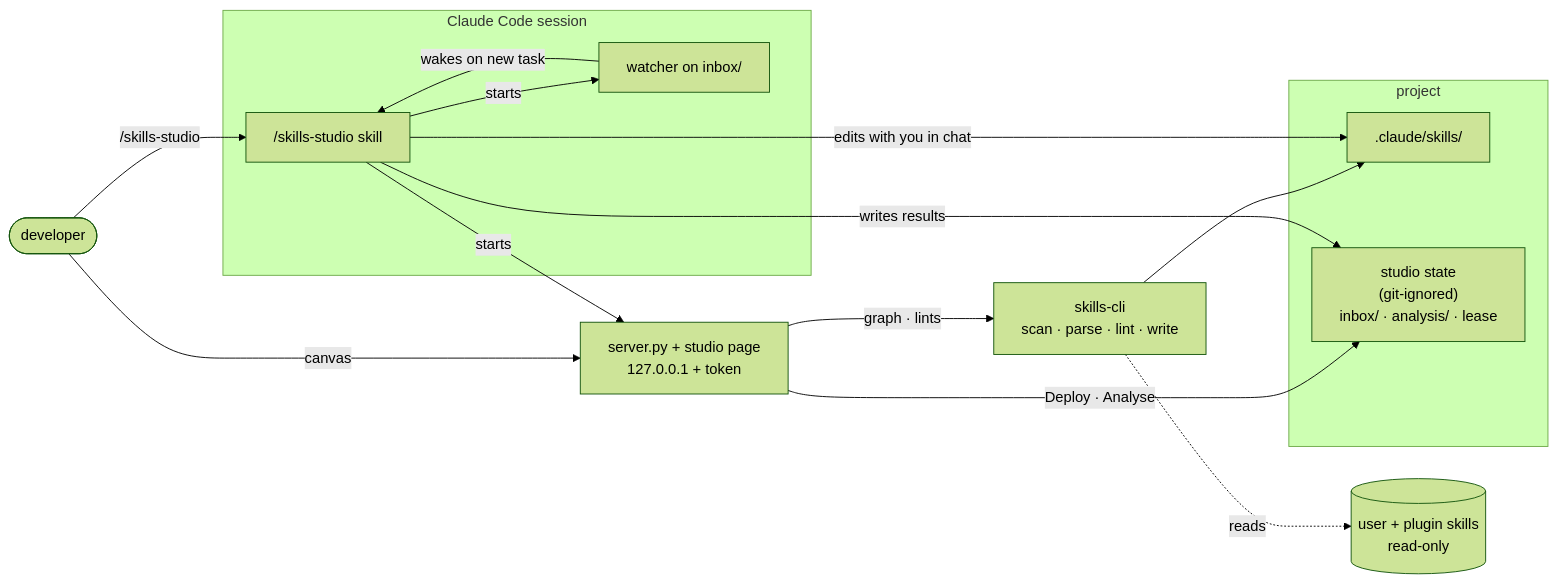
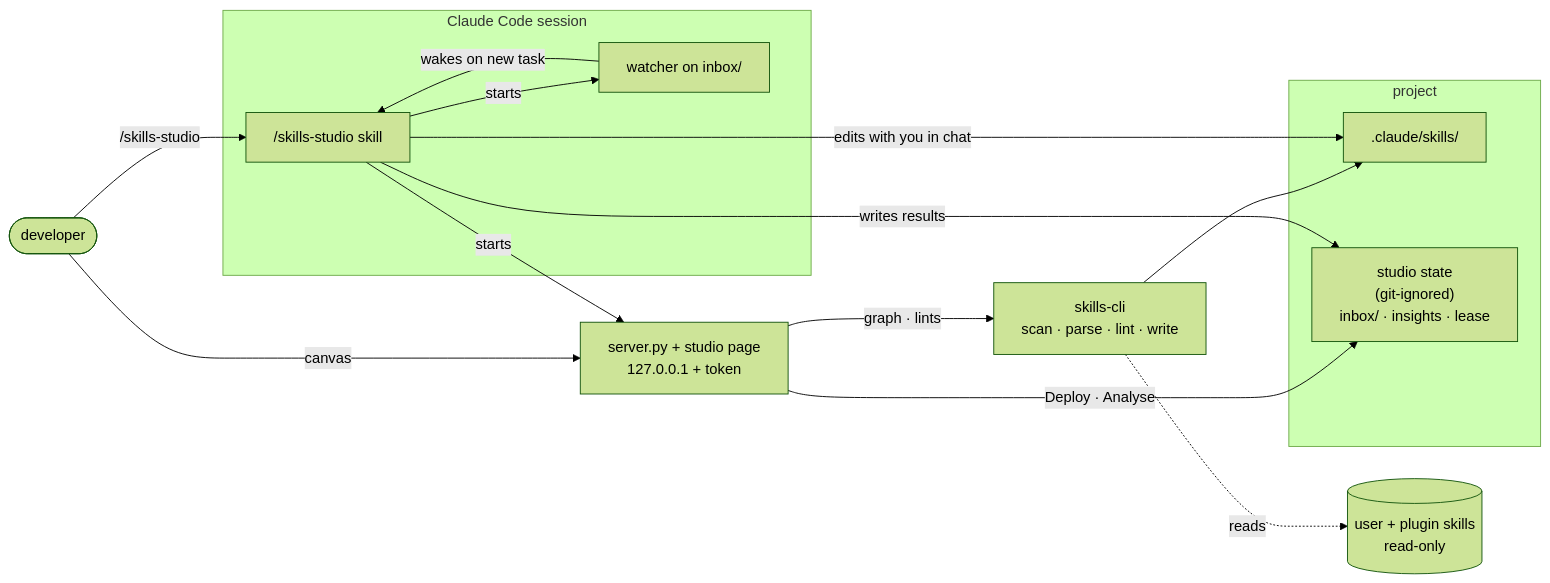
Before and after one commit to systerdyster/skills-studio: the diagram in docs/DESIGN.md, drawn with Mermaid (forest theme). The commit also changed other lines of this file and 11 other files, not shown here.

````diff
--- a/docs/DESIGN.md
+++ b/docs/DESIGN.md
@@ -32,27 +32,27 @@
 ```mermaid
 flowchart LR
     Dev([developer])
     subgraph CC[Claude Code session]
         SK["/skills-studio skill"]
         W["watcher on inbox/"]
     end
     CLI["skills-cli<br/>scan · parse · lint · write"]
     SRV["server.py + studio page<br/>127.0.0.1 + token"]
     subgraph P[project]
         SKL[".claude/skills/"]
-        ST["studio state<br/>(git-ignored)<br/>inbox/ · analysis/ · lease"]
+        ST["studio state<br/>(git-ignored)<br/>inbox/ · insights · lease"]
     end
     RO[("user + plugin skills<br/>read-only")]
 
     Dev -->|/skills-studio| SK
     SK -->|starts| SRV
     SK -->|starts| W
     Dev -->|canvas| SRV
     SRV -->|graph · lints| CLI
     CLI --> SKL
     CLI -.->|reads| RO
     SRV -->|Deploy · Analyse| ST
     W -->|wakes on new task| SK
     SK -->|edits with you in chat| SKL
     SK -->|writes results| ST
 ```
````
